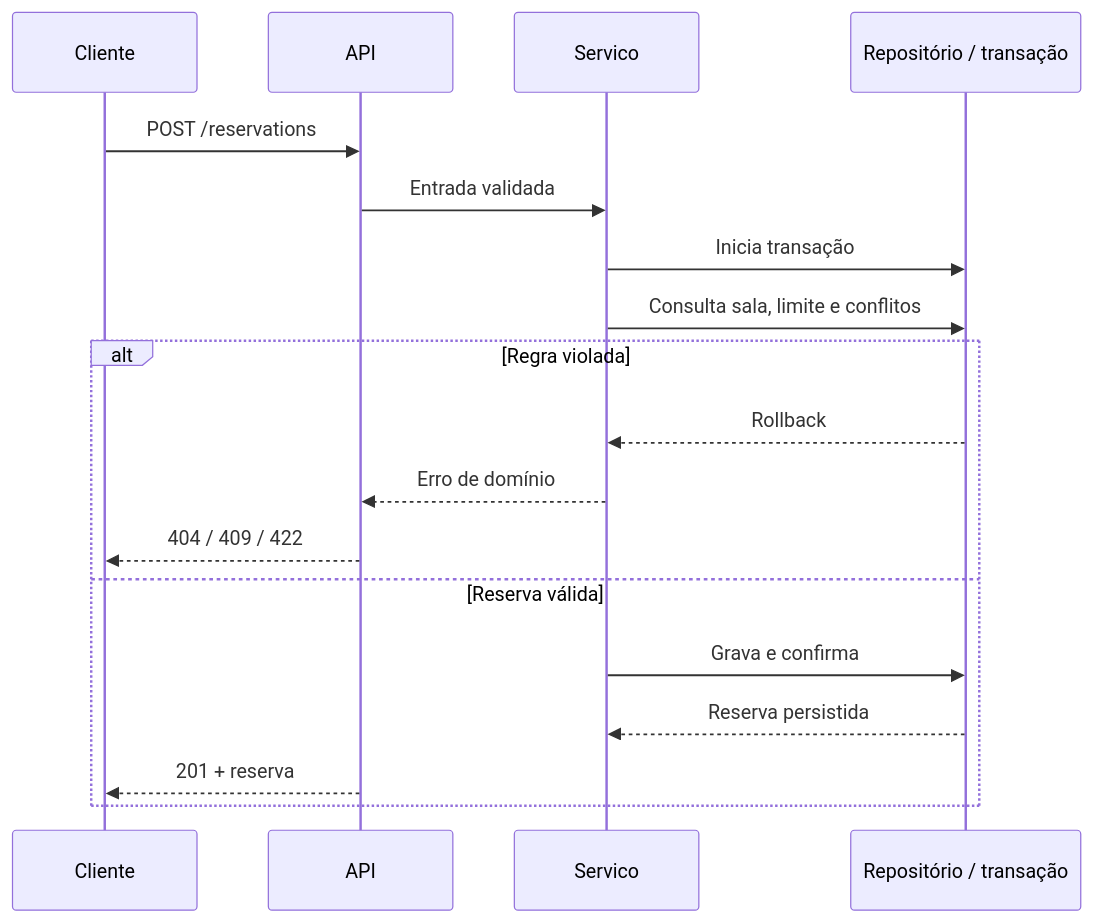
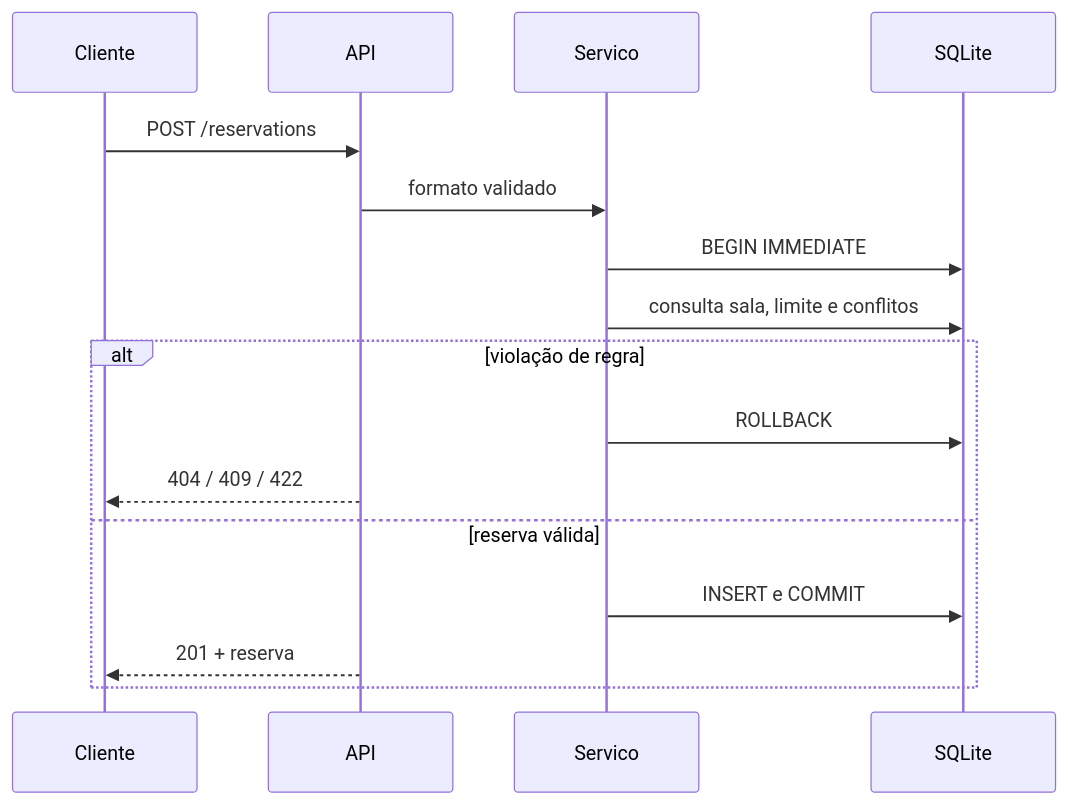
Before and after one commit to MorimFr/entrega-inicial: the second of 2 diagrams in README.md, drawn with Mermaid. The commit also changed other lines of this file and 44 other files, not shown here.

````diff
--- a/README.md
+++ b/README.md
@@ -52,20 +139,14 @@
 ```mermaid
 sequenceDiagram
-    participant Cliente
-    participant API
-    participant Servico
-    participant Banco as Repositório / transação
     Cliente->>API: POST /reservations
-    API->>Servico: Entrada validada
-    Servico->>Banco: Inicia transação
-    Servico->>Banco: Consulta sala, limite e conflitos
-    alt Regra violada
-        Banco-->>Servico: Rollback
-        Servico-->>API: Erro de domínio
+    API->>Servico: formato validado
+    Servico->>SQLite: BEGIN IMMEDIATE
+    Servico->>SQLite: consulta sala, limite e conflitos
+    alt violação de regra
+        Servico->>SQLite: ROLLBACK
         API-->>Cliente: 404 / 409 / 422
-    else Reserva válida
-        Servico->>Banco: Grava e confirma
-        Banco-->>Servico: Reserva persistida
+    else reserva válida
+        Servico->>SQLite: INSERT e COMMIT
         API-->>Cliente: 201 + reserva
     end
 ```
````
